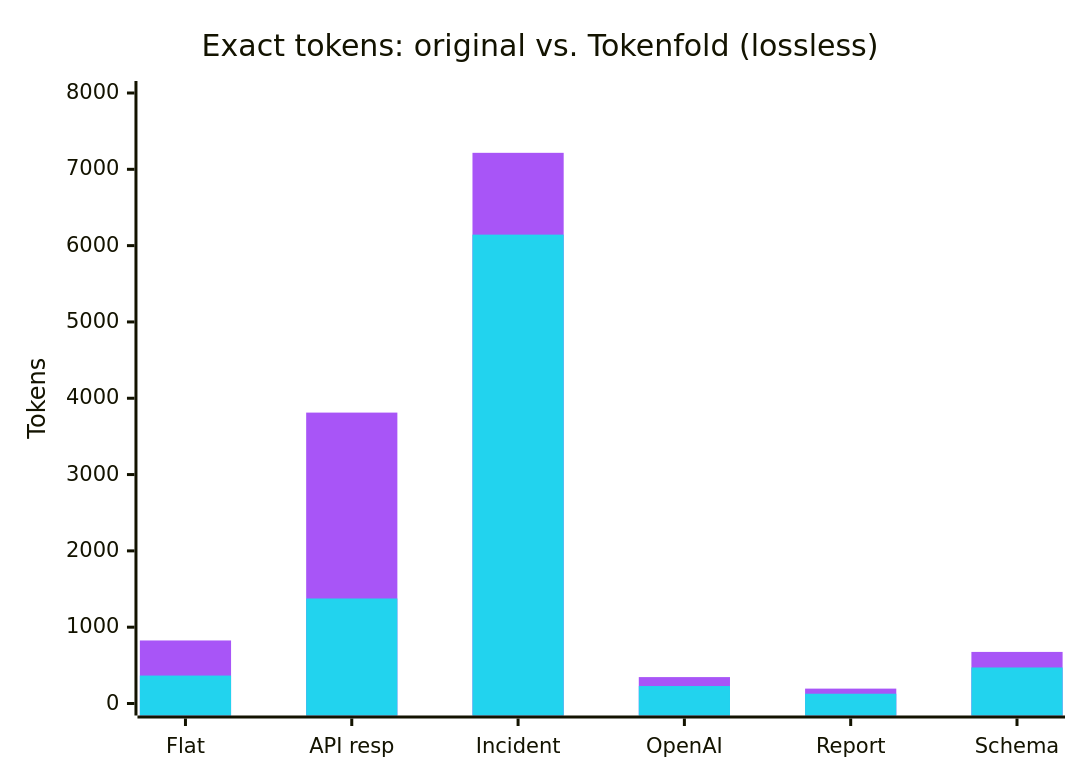
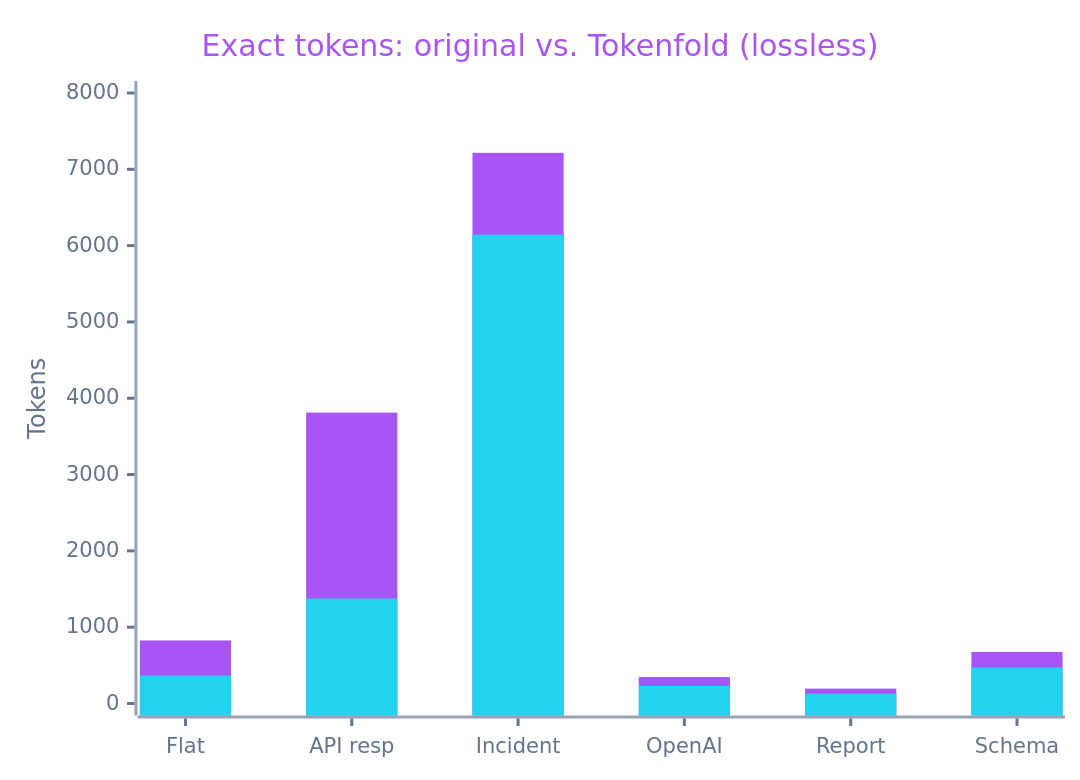
One commit to codewithmurali/tokenfold changed the fifth of 5 diagrams in README.md. Above: the diagram before and after it, drawn with Mermaid.

Commit message:
chart updated

````diff
--- a/README.md
+++ b/README.md
@@ -316,9 +316,9 @@
 ```mermaid
-%%{init: {"themeVariables": {"xyChart": {"plotColorPalette": "#A855F7, #22D3EE"}}}}%%
+%%{init: {"theme": "base", "themeVariables": {"fontFamily": "ui-sans-serif, system-ui, sans-serif", "xyChart": {"backgroundColor": "transparent", "titleColor": "#A855F7", "xAxisLabelColor": "#64748b", "xAxisTitleColor": "#64748b", "xAxisTickColor": "#64748b", "xAxisLineColor": "#94a3b8", "yAxisLabelColor": "#64748b", "yAxisTitleColor": "#64748b", "yAxisTickColor": "#64748b", "yAxisLineColor": "#94a3b8", "plotColorPalette": "#A855F7, #22D3EE"}}}}%%
 xychart-beta
     title "Exact tokens: original vs. Tokenfold (lossless)"
     x-axis ["Flat", "API resp", "Incident", "OpenAI", "Report", "Schema"]
     y-axis "Tokens" 0 --> 8000
     bar [826, 3812, 7216, 346, 195, 676]
     bar [366, 1376, 6144, 229, 128, 472]
 ```
````
